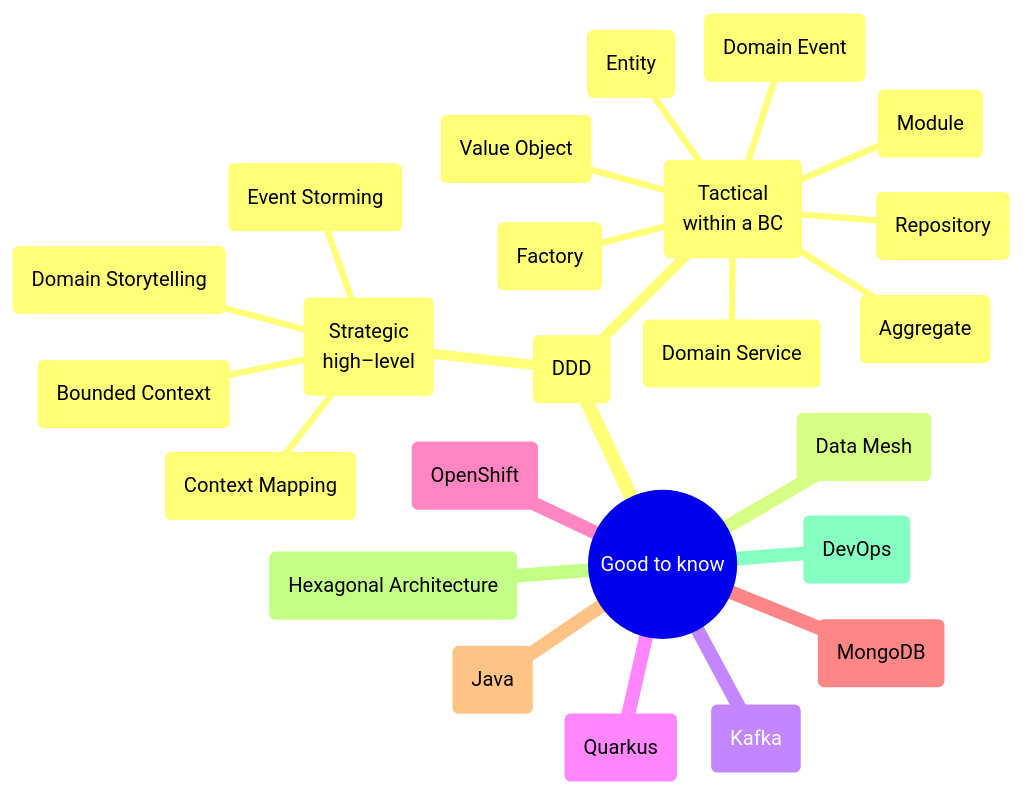
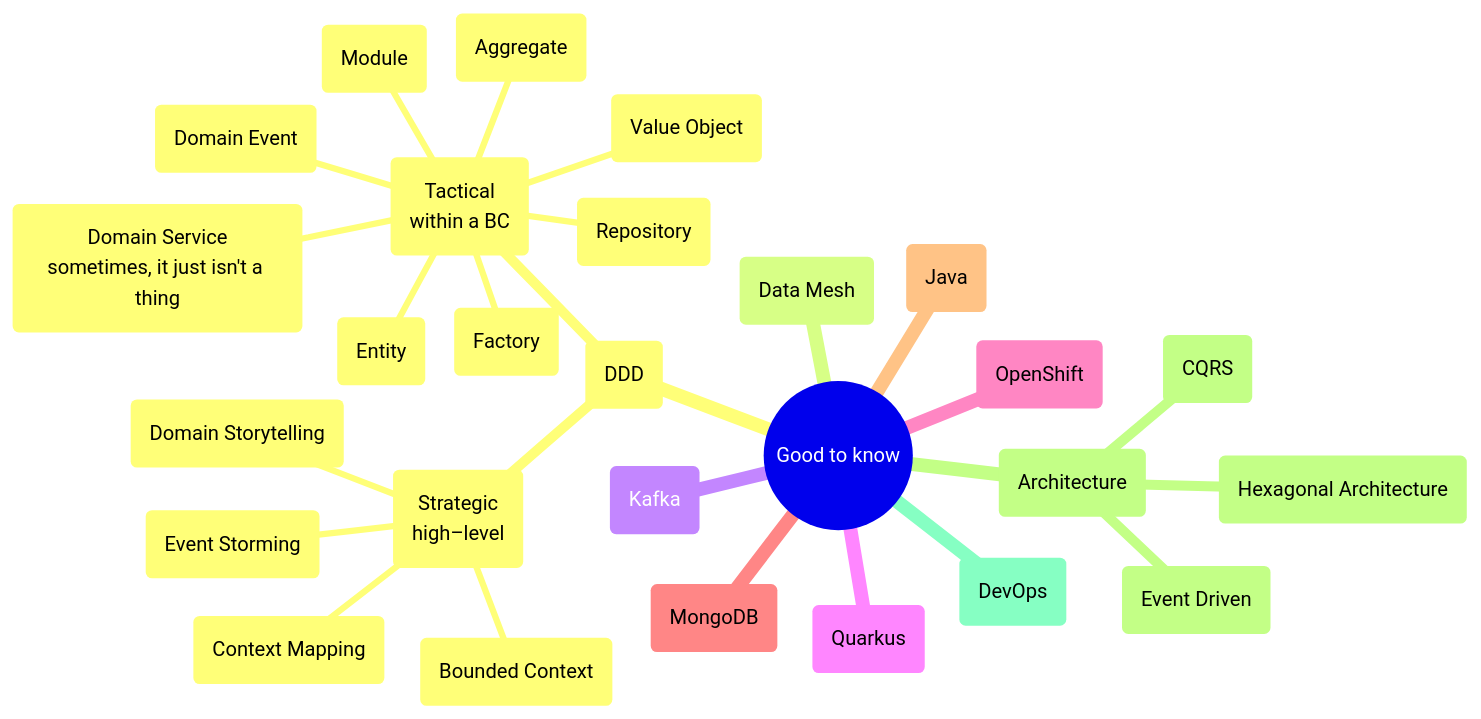
The diagram in README.md (mhaspra/mindmaps), drawn with Mermaid before and after one commit.

````diff
--- a/README.md
+++ b/README.md
@@ -2,27 +2,30 @@
 ```mermaid
  mindmap
   root((Good to know))
    (DDD)
     (Strategic<br>high–level)
      (Domain Storytelling)
      (Event Storming)
      (Context Mapping)
      (Bounded Context)
     (Tactical<br>within a BC)
      (Value Object)
      (Entity)
      (Aggregate)
-     (Domain Service)
+     (Domain Service<br>sometimes, it just isn't a thing)
      (Domain Event)
      (Factory)
      (Repository)
      (Module)
    (Data Mesh)
    (Kafka)
    (Quarkus)
    (OpenShift)
    (MongoDB)
    (Java)
-   (Hexagonal Architecture)
+   (Architecture)
+    (Hexagonal Architecture)
+    (CQRS)
+    (Event Driven)
    (DevOps)
 ```
````
